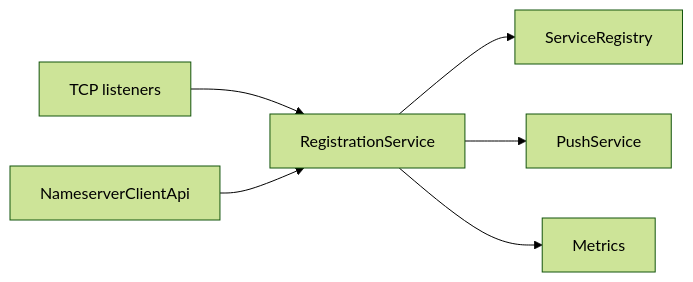
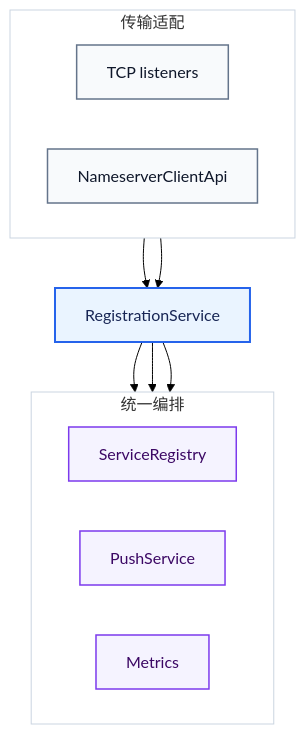
Before and after one commit to zzl-qz/Rover-Suite: the diagram in docs-public/development-guide.zh-CN.md, drawn with Mermaid (forest theme). The commit also changed other lines of this file and 7 other files, not shown here.

Commit message:
调整了一下图

````diff
--- a/docs-public/development-guide.zh-CN.md
+++ b/docs-public/development-guide.zh-CN.md
@@ -183,8 +183,32 @@
 ```mermaid
-flowchart LR
-    TCP["TCP listeners"] --> RS["RegistrationService"]
-    HTTP["NameserverClientApi"] --> RS
-    RS --> Registry["ServiceRegistry"]
-    RS --> Push["PushService"]
-    RS --> Metrics["Metrics"]
+flowchart TB
+    subgraph Adapter["传输适配"]
+        direction LR
+        TCP["TCP listeners"]
+        HTTP["NameserverClientApi"]
+    end
+
+    RS["RegistrationService"]
+
+    subgraph Core["统一编排"]
+        direction LR
+        Registry["ServiceRegistry"]
+        Push["PushService"]
+        Metrics["Metrics"]
+    end
+
+    TCP --> RS
+    HTTP --> RS
+    RS --> Registry
+    RS --> Push
+    RS --> Metrics
+
+    classDef adapter fill:#F8FAFC,stroke:#64748B,color:#0F172A,stroke-width:1.5px;
+    classDef domain fill:#EAF4FF,stroke:#2563EB,color:#172554,stroke-width:2px;
+    classDef core fill:#F5F3FF,stroke:#7C3AED,color:#3B0764,stroke-width:1.5px;
+    class TCP,HTTP adapter;
+    class RS domain;
+    class Registry,Push,Metrics core;
+    style Adapter fill:#FFFFFF,stroke:#CBD5E1,stroke-width:1px;
+    style Core fill:#FFFFFF,stroke:#CBD5E1,stroke-width:1px;
 ```
````
